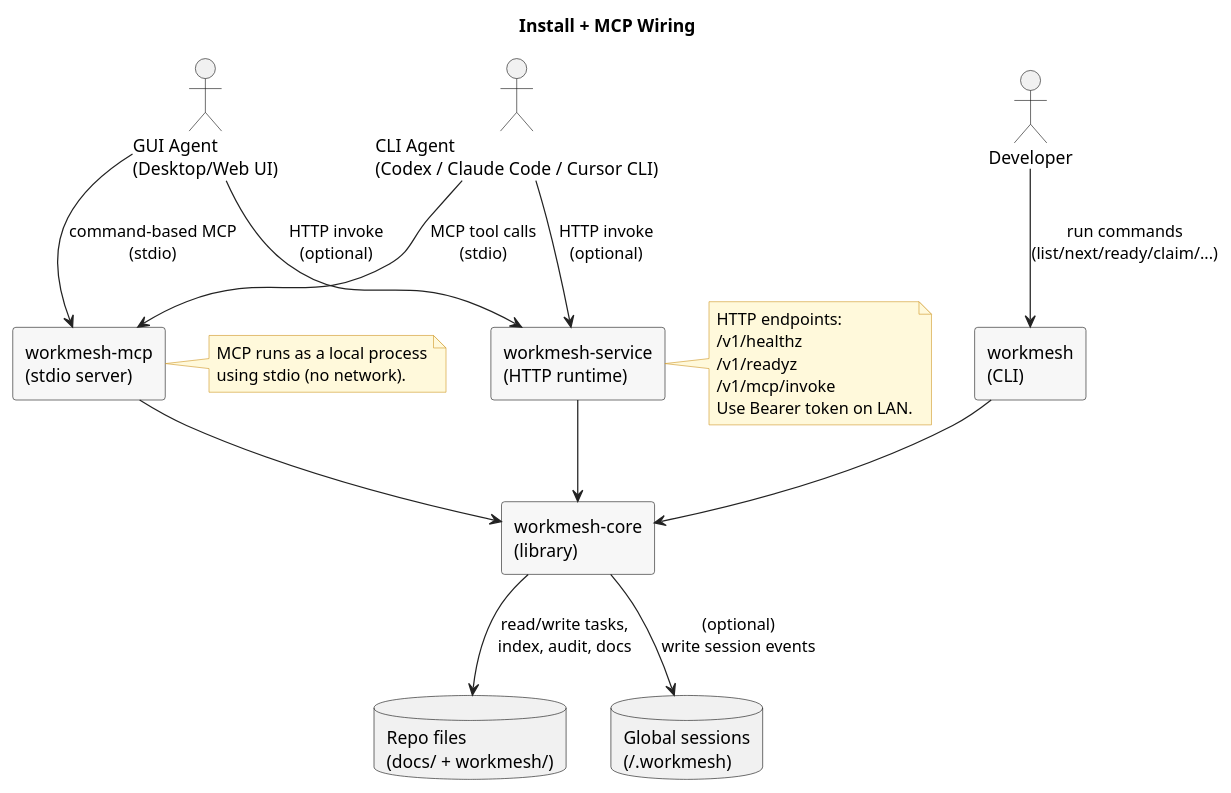
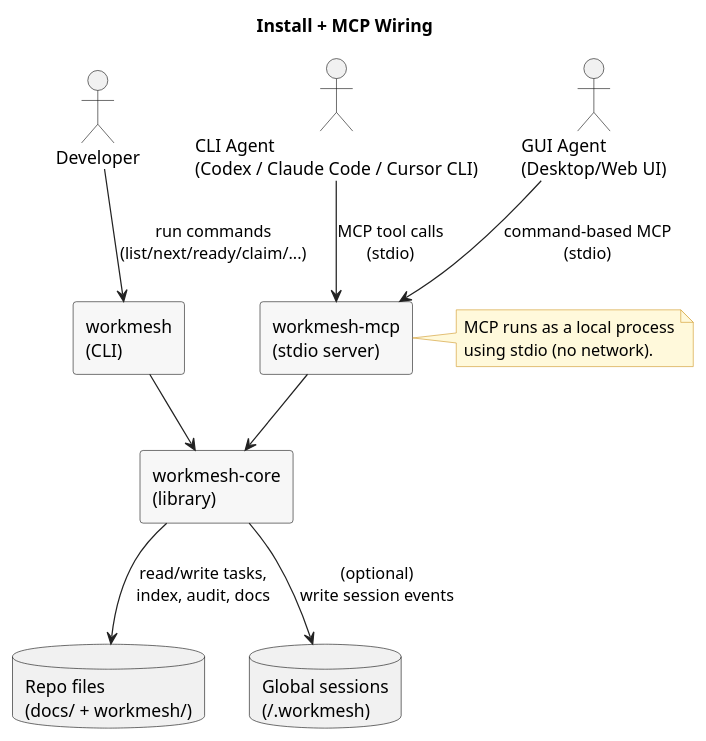
One commit to luislobo/workmesh changed the diagram in docs/diagrams/install-and-mcp.puml. Above: the diagram before and after it, drawn with PlantUML. The commit also changed 73 other files, not shown here.

```diff
--- a/docs/diagrams/install-and-mcp.puml
+++ b/docs/diagrams/install-and-mcp.puml
@@ -1,49 +1,37 @@
 @startuml
 title Install + MCP Wiring
 
 skinparam shadowing false
 skinparam backgroundColor white
 skinparam componentStyle rectangle
 skinparam ArrowColor #222222
 skinparam ComponentBorderColor #222222
 skinparam ComponentBackgroundColor #F7F7F7
 skinparam NoteBackgroundColor #FFF9DB
 skinparam NoteBorderColor #D09B2C
 
 actor Developer
 actor "CLI Agent\n(Codex / Claude Code / Cursor CLI)" as AgentCli
 actor "GUI Agent\n(Desktop/Web UI)" as AgentGui
 
 component "workmesh\n(CLI)" as CLI
 component "workmesh-mcp\n(stdio server)" as MCP
-component "workmesh-service\n(HTTP runtime)" as Service
 component "workmesh-core\n(library)" as Core
 database "Repo files\n(docs/ + workmesh/)" as Repo
 database "Global sessions\n(~/.workmesh)" as Global
 
 Developer --> CLI : run commands\n(list/next/ready/claim/...)
 CLI --> Core
 Core --> Repo : read/write tasks,\nindex, audit, docs
 Core --> Global : (optional)\nwrite session events
 
 AgentCli --> MCP : MCP tool calls\n(stdio)
 MCP --> Core
 AgentGui --> MCP : command-based MCP\n(stdio)
-AgentCli --> Service : HTTP invoke\n(optional)
-AgentGui --> Service : HTTP invoke\n(optional)
-Service --> Core
 
 note right of MCP
   MCP runs as a local process
   using stdio (no network).
 end note
 
-note right of Service
-  HTTP endpoints:
-  /v1/healthz
-  /v1/readyz
-  /v1/mcp/invoke
-  Use Bearer token on LAN.
-end note
-
 @enduml
```
